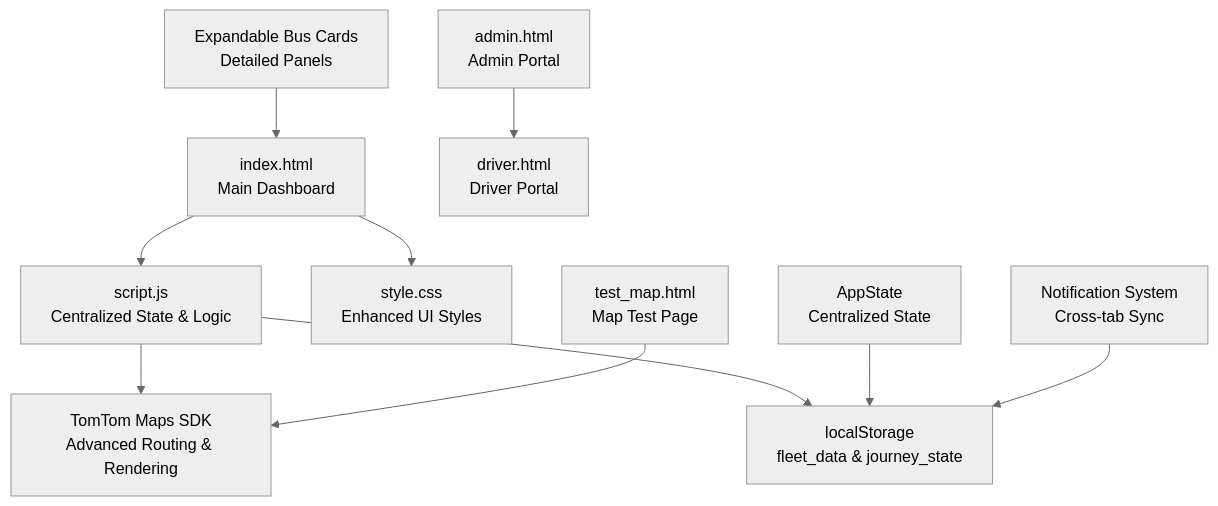
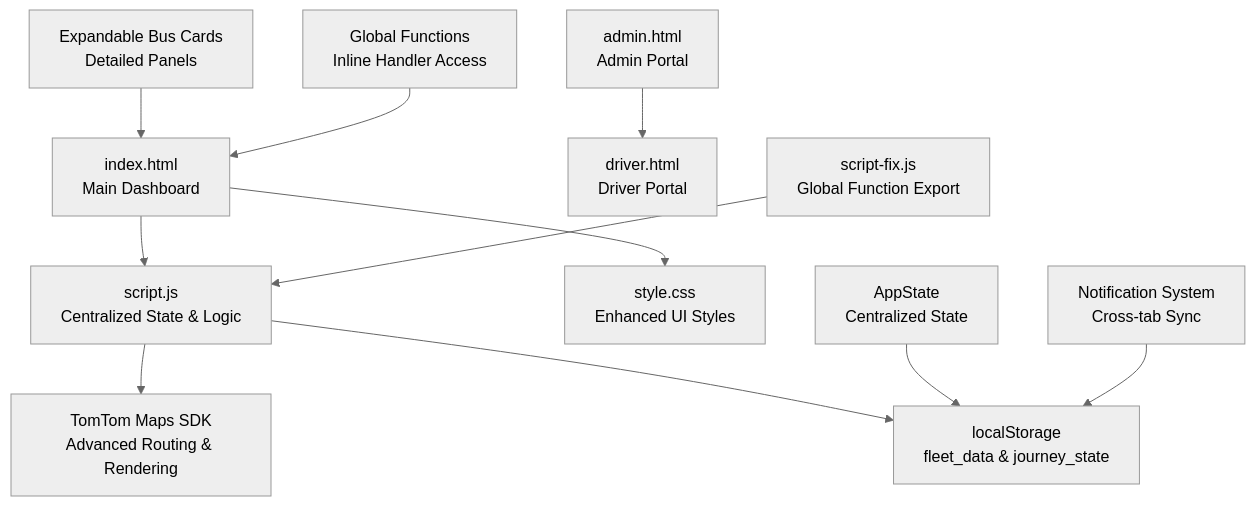
One commit to Rehanpatel3858/BusTrack-Pro changed the first of 5 diagrams in .qoder/repowiki/en/content/Fleet Management Features.md. Above: the diagram before and after it, drawn with Mermaid (neutral theme). The commit also changed other lines of this file and 6 other files, not shown here.

````diff
--- a/.qoder/repowiki/en/content/Fleet Management Features.md
+++ b/.qoder/repowiki/en/content/Fleet Management Features.md
@@ -48,12 +50,13 @@
 ```mermaid
 graph TB
 A["index.html<br/>Main Dashboard"] --> B["script.js<br/>Centralized State & Logic"]
 A --> C["style.css<br/>Enhanced UI Styles"]
 B --> D["TomTom Maps SDK<br/>Advanced Routing & Rendering"]
 B --> E["localStorage<br/>fleet_data & journey_state"]
 F["admin.html<br/>Admin Portal"] --> G["driver.html<br/>Driver Portal"]
-H["test_map.html<br/>Map Test Page"] --> D
+H["script-fix.js<br/>Global Function Export"] --> B
 I["AppState<br/>Centralized State"] --> E
 J["Notification System<br/>Cross-tab Sync"] --> E
 K["Expandable Bus Cards<br/>Detailed Panels"] --> A
+L["Global Functions<br/>Inline Handler Access"] --> A
 ```
````
